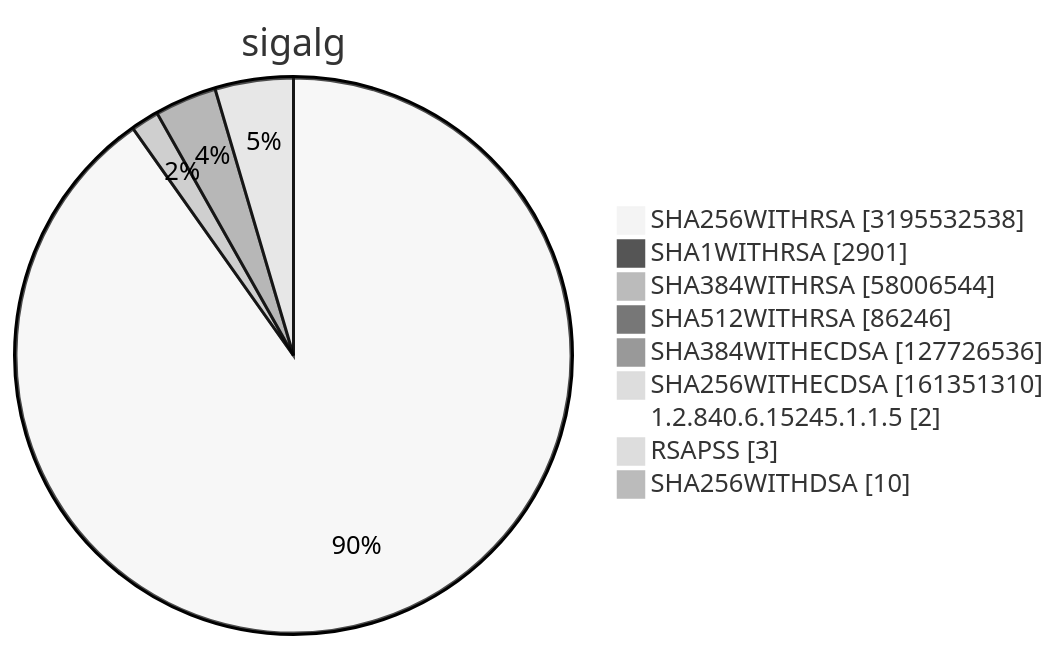
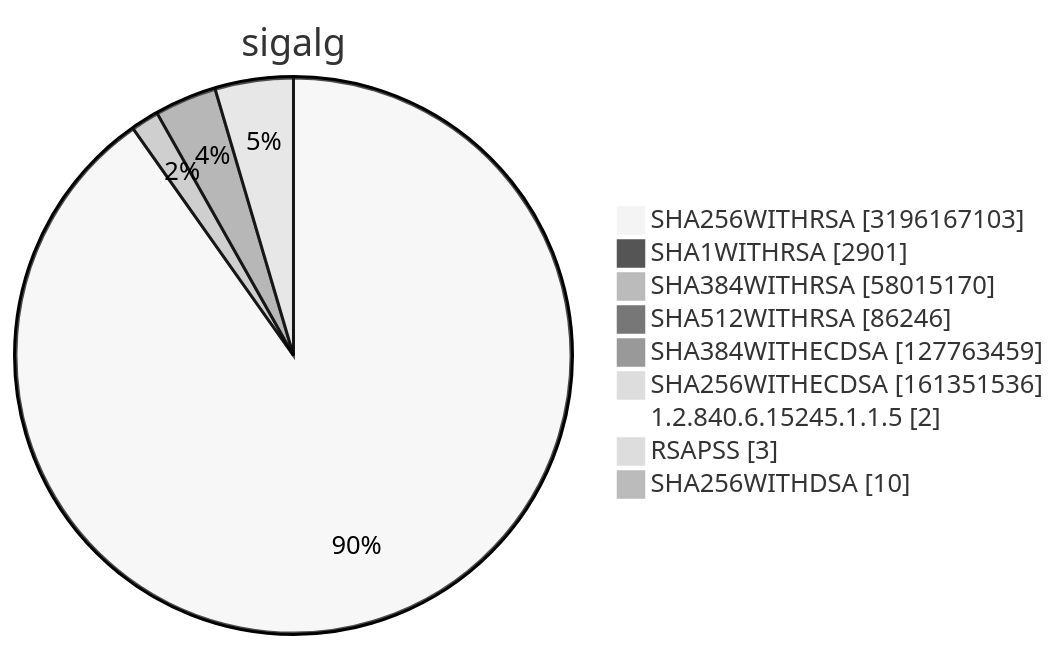
One commit to christiankrug/ctmonitor_visualization changed diagram 15 of 15 in TOTAL/README.md. Above: the diagram before and after it, drawn with Mermaid (neutral theme). The commit also changed other lines of this file, not shown here.

````diff
--- a/TOTAL/README.md
+++ b/TOTAL/README.md
@@ -6216,13 +6216,13 @@
 ```mermaid
 pie showData
 title sigalg
-"SHA256WITHRSA" :3195532538
+"SHA256WITHRSA" :3196167103
 "SHA1WITHRSA" :2901
-"SHA384WITHRSA" :58006544
+"SHA384WITHRSA" :58015170
 "SHA512WITHRSA" :86246
-"SHA384WITHECDSA" :127726536
-"SHA256WITHECDSA" :161351310
+"SHA384WITHECDSA" :127763459
+"SHA256WITHECDSA" :161351536
 "1.2.840.6.15245.1.1.5" :2
 "RSAPSS" :3
 "SHA256WITHDSA" :10
 ```
````
